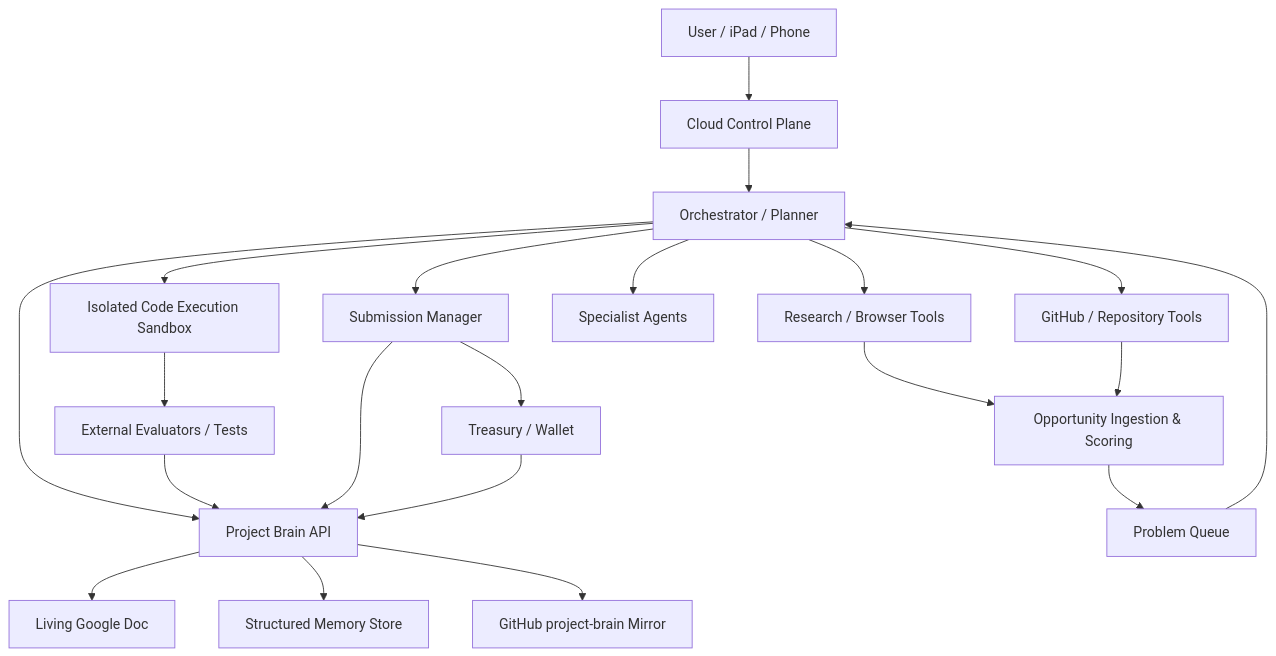
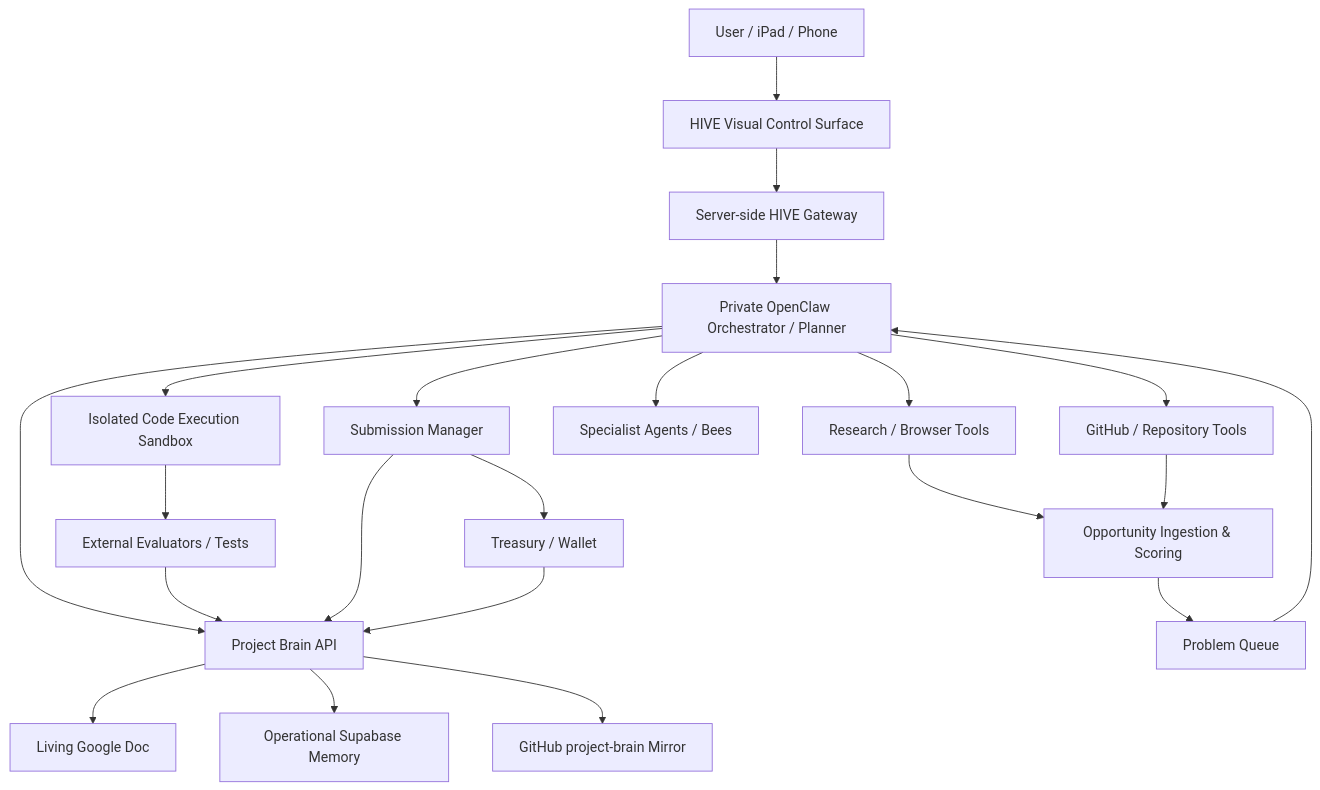
Before and after one commit to sophiamaybea/open-claw: the diagram in project-brain/ARCHITECTURE.md, drawn with Mermaid. The commit also changed other lines of this file, not shown here.

Commit message:
docs(brain): record HIVE frontend architecture and current state

````diff
--- a/project-brain/ARCHITECTURE.md
+++ b/project-brain/ARCHITECTURE.md
@@ -7,23 +7,24 @@
 ```mermaid
 flowchart TD
-    U[User / iPad / Phone] --> C[Cloud Control Plane]
-    C --> O[Orchestrator / Planner]
+    U[User / iPad / Phone] --> H[HIVE Visual Control Surface]
+    H --> C[Server-side HIVE Gateway]
+    C --> O[Private OpenClaw Orchestrator / Planner]
     O --> B[Project Brain API]
     O --> R[Research / Browser Tools]
     O --> G[GitHub / Repository Tools]
     O --> X[Isolated Code Execution Sandbox]
-    O --> S[Specialist Agents]
+    O --> S[Specialist Agents / Bees]
     X --> E[External Evaluators / Tests]
     R --> Q[Opportunity Ingestion & Scoring]
     G --> Q
     Q --> P[Problem Queue]
     P --> O
     O --> M[Submission Manager]
     M --> T[Treasury / Wallet]
     E --> B
     M --> B
     T --> B
     B --> D[Living Google Doc]
-    B --> DB[Structured Memory Store]
+    B --> DB[Operational Supabase Memory]
     B --> V[GitHub project-brain Mirror]
 ```
````
